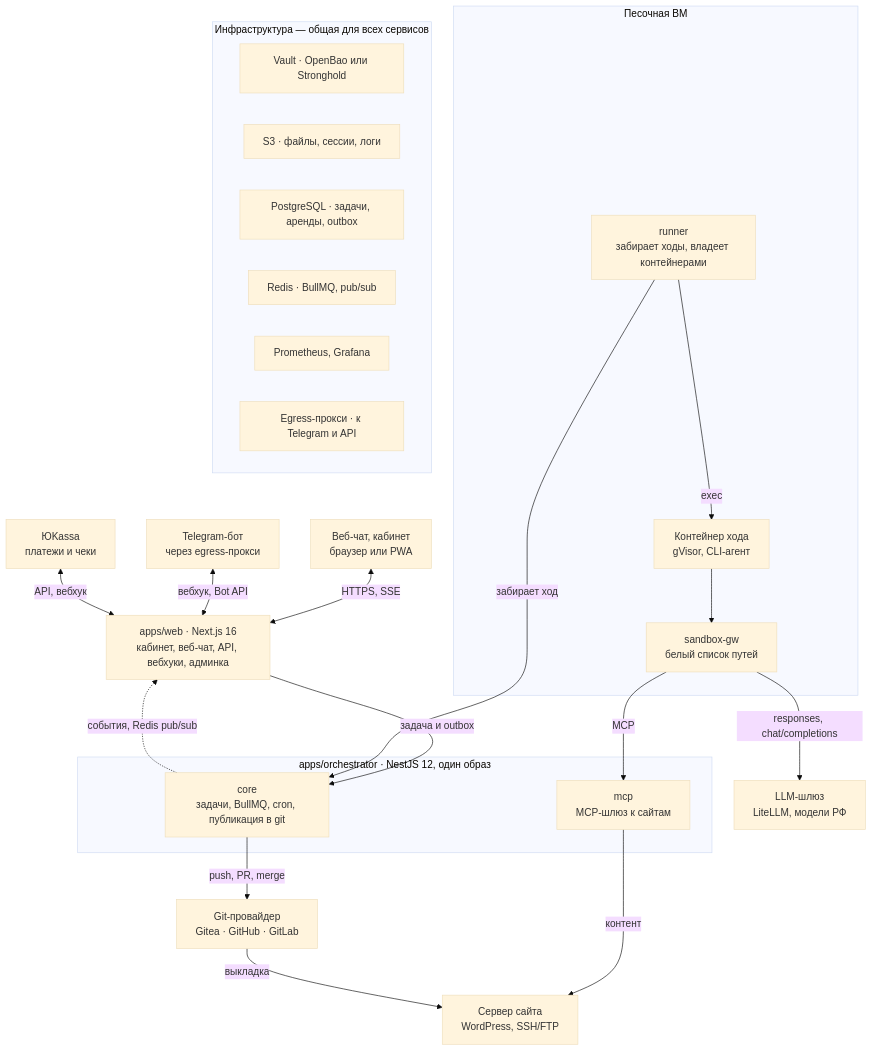
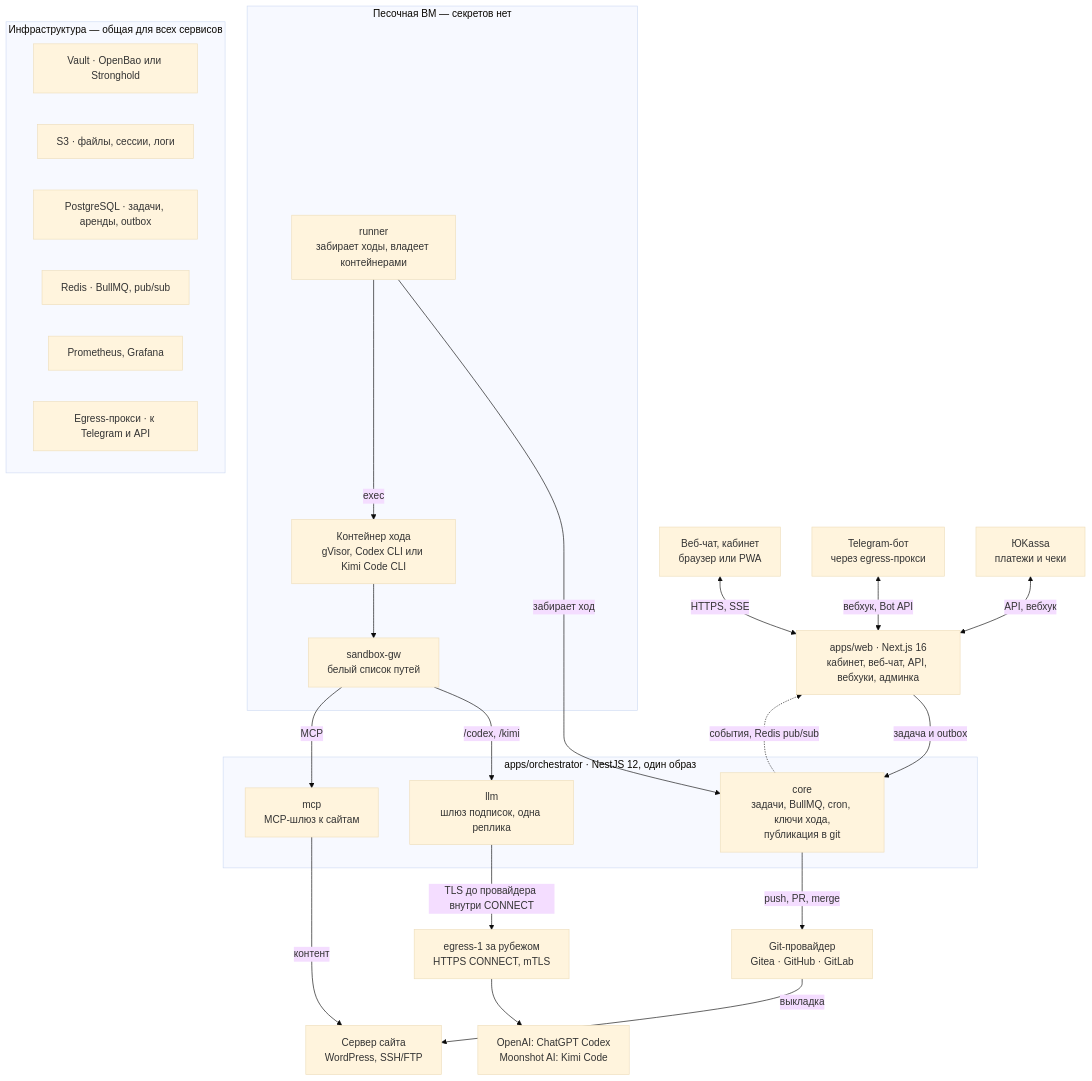
The first of 2 diagrams in docs/spec.md (AnyNoteInc/Raditi), drawn with Mermaid (base theme) before and after one commit. The commit also changed other lines of this file and 1 other file, not shown here.

````diff
--- a/docs/spec.md
+++ b/docs/spec.md
@@ -119,40 +130,44 @@
 ```mermaid
 flowchart TB
     client["Веб-чат, кабинет<br/>браузер или PWA"]
     bot["Telegram-бот<br/>через egress-прокси"]
     pay["ЮKassa<br/>платежи и чеки"]
     web["apps/web · Next.js 16<br/>кабинет, веб-чат, API, вебхуки, админка"]
     subgraph orch["apps/orchestrator · NestJS 12, один образ"]
-        core["core<br/>задачи, BullMQ, cron, публикация в git"]
+        core["core<br/>задачи, BullMQ, cron, ключи хода,<br/>публикация в git"]
         mcp["mcp<br/>MCP-шлюз к сайтам"]
+        llm["llm<br/>шлюз подписок, одна реплика"]
     end
-    subgraph sbx["Песочная ВМ"]
+    subgraph sbx["Песочная ВМ — секретов нет"]
         runner["runner<br/>забирает ходы, владеет контейнерами"]
-        turn["Контейнер хода<br/>gVisor, CLI-агент"]
+        turn["Контейнер хода<br/>gVisor, Codex CLI или Kimi Code CLI"]
         gw["sandbox-gw<br/>белый список путей"]
     end
     git["Git-провайдер<br/>Gitea · GitHub · GitLab"]
-    llm["LLM-шлюз<br/>LiteLLM, модели РФ"]
+    egress1["egress-1 за рубежом<br/>HTTPS CONNECT, mTLS"]
+    prov["OpenAI: ChatGPT Codex<br/>Moonshot AI: Kimi Code"]
     site["Сервер сайта<br/>WordPress, SSH/FTP"]
     client <-->|HTTPS, SSE| web
     bot <-->|вебхук, Bot API| web
     pay <-->|API, вебхук| web
     web -->|задача и outbox| core
     core -.->|события, Redis pub/sub| web
     runner -->|забирает ход| core
     runner -->|exec| turn
     turn --> gw
-    gw -->|responses, chat/completions| llm
+    gw -->|/codex, /kimi| llm
+    llm -->|TLS до провайдера внутри CONNECT| egress1
+    egress1 --> prov
     gw -->|MCP| mcp
     mcp -->|контент| site
     core -->|push, PR, merge| git
     git -->|выкладка| site
     subgraph infra["Инфраструктура — общая для всех сервисов"]
         vault["Vault · OpenBao или Stronghold"]
         s3["S3 · файлы, сессии, логи"]
         pg["PostgreSQL · задачи, аренды, outbox"]
         redis["Redis · BullMQ, pub/sub"]
         mon["Prometheus, Grafana"]
         egress["Egress-прокси · к Telegram и API"]
     end
 ```
````
